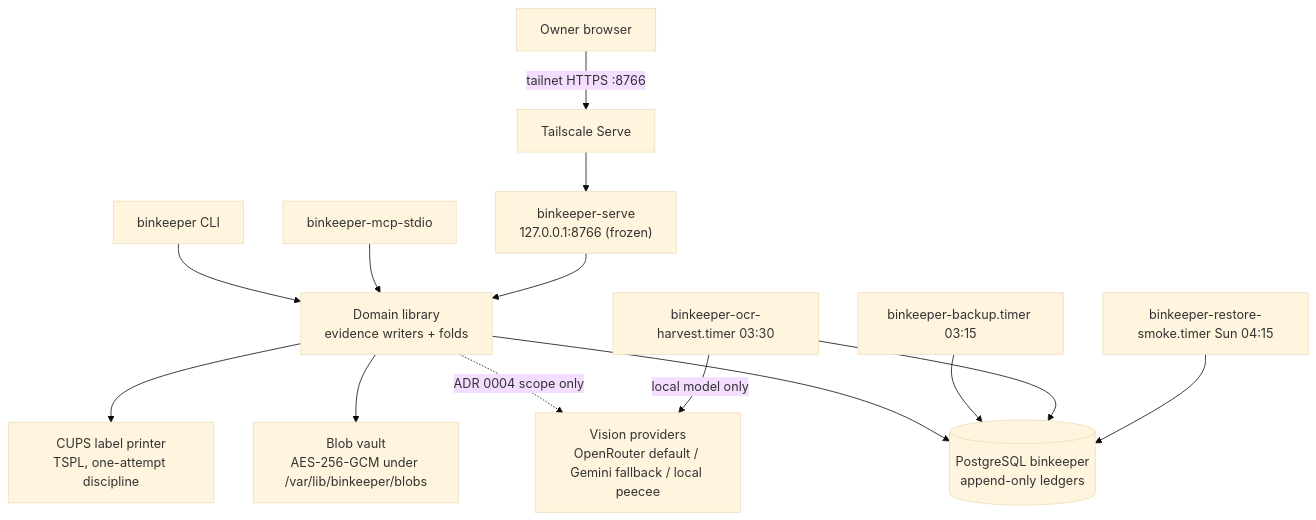
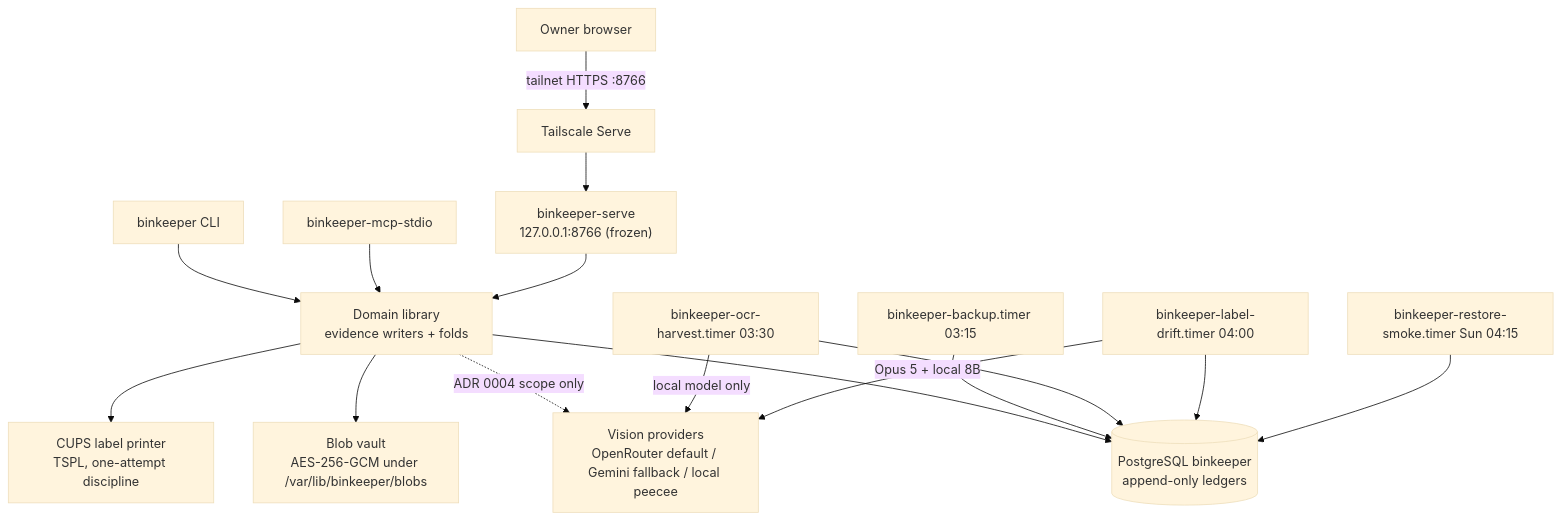
One commit to halbritt/binkeeper changed the diagram in docs/architecture.md. Above: the diagram before and after it, drawn with Mermaid (base theme). The commit also changed other lines of this file and 3 other files, not shown here.

Commit message:
Surface rebuildable label drift review queue

````diff
--- a/docs/architecture.md
+++ b/docs/architecture.md
@@ -42,16 +42,18 @@
 ```mermaid
 flowchart TD
     owner[Owner browser] -->|tailnet HTTPS :8766| ts[Tailscale Serve]
     ts --> serve["binkeeper-serve\n127.0.0.1:8766 (frozen)"]
     cli[binkeeper CLI] --> core
     mcp[binkeeper-mcp-stdio] --> core
     serve --> core[Domain library\nevidence writers + folds]
     core --> pg[(PostgreSQL binkeeper\nappend-only ledgers)]
     core --> vault[Blob vault\nAES-256-GCM under /var/lib/binkeeper/blobs]
     core --> cups[CUPS label printer\nTSPL, one-attempt discipline]
     core -.->|ADR 0004 scope only| vision[Vision providers\nOpenRouter default / Gemini fallback / local peecee]
     timer1[binkeeper-backup.timer 03:15] --> pg
     timer2[binkeeper-ocr-harvest.timer 03:30] -->|local model only| vision
     timer2 --> pg
-    timer3[binkeeper-restore-smoke.timer Sun 04:15] --> pg
+    timer3[binkeeper-label-drift.timer 04:00] -->|Opus 5 + local 8B| vision
+    timer3 --> pg
+    timer4[binkeeper-restore-smoke.timer Sun 04:15] --> pg
 ```
````
